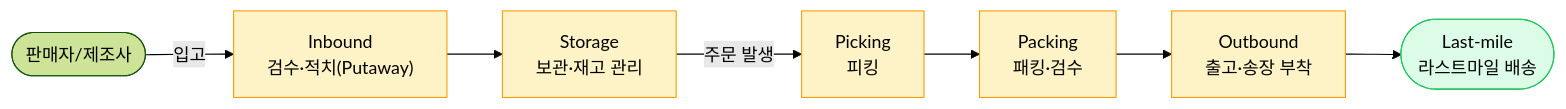
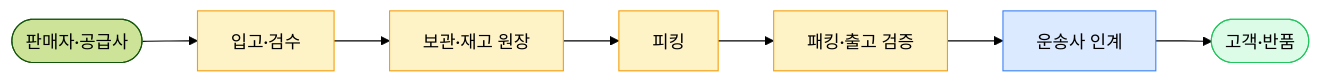
Before and after one commit to hyeongseoblim/systemdesign: the first of 2 diagrams in apps/api/src/main/resources/content/logistics-04-fulfillment-inventory.md, drawn with Mermaid (forest theme). The commit also changed other lines of this file and 96 other files, not shown here.

````diff
--- a/apps/api/src/main/resources/content/logistics-04-fulfillment-inventory.md
+++ b/apps/api/src/main/resources/content/logistics-04-fulfillment-inventory.md
@@ -29,16 +27,16 @@
 ```mermaid
 flowchart LR
-    Vendor(["판매자/제조사"]) -->|입고| Inbound["Inbound\n검수·적치(Putaway)"]
-    Inbound --> Storage["Storage\n보관·재고 관리"]
-    Storage -->|주문 발생| Pick["Picking\n피킹"]
-    Pick --> Pack["Packing\n패킹·검수"]
-    Pack --> Out["Outbound\n출고·송장 부착"]
-    Out --> LM(["Last-mile\n라스트마일 배송"])
+    Supplier(["판매자·공급사"]) --> Inbound["입고·검수"]
+    Inbound --> Storage["보관·재고 원장"]
+    Storage --> Pick["피킹"]
+    Pick --> Pack["패킹·출고 검증"]
+    Pack --> Handover["운송사 인계"]
+    Handover --> Customer(["고객·반품"])
 
     style Inbound fill:#fef3c7,stroke:#f59e0b
     style Storage fill:#fef3c7,stroke:#f59e0b
     style Pick fill:#fef3c7,stroke:#f59e0b
     style Pack fill:#fef3c7,stroke:#f59e0b
-    style Out fill:#fef3c7,stroke:#f59e0b
-    style LM fill:#dcfce7,stroke:#22c55e
+    style Handover fill:#dbeafe,stroke:#3b82f6
+    style Customer fill:#dcfce7,stroke:#22c55e
 ```
````
